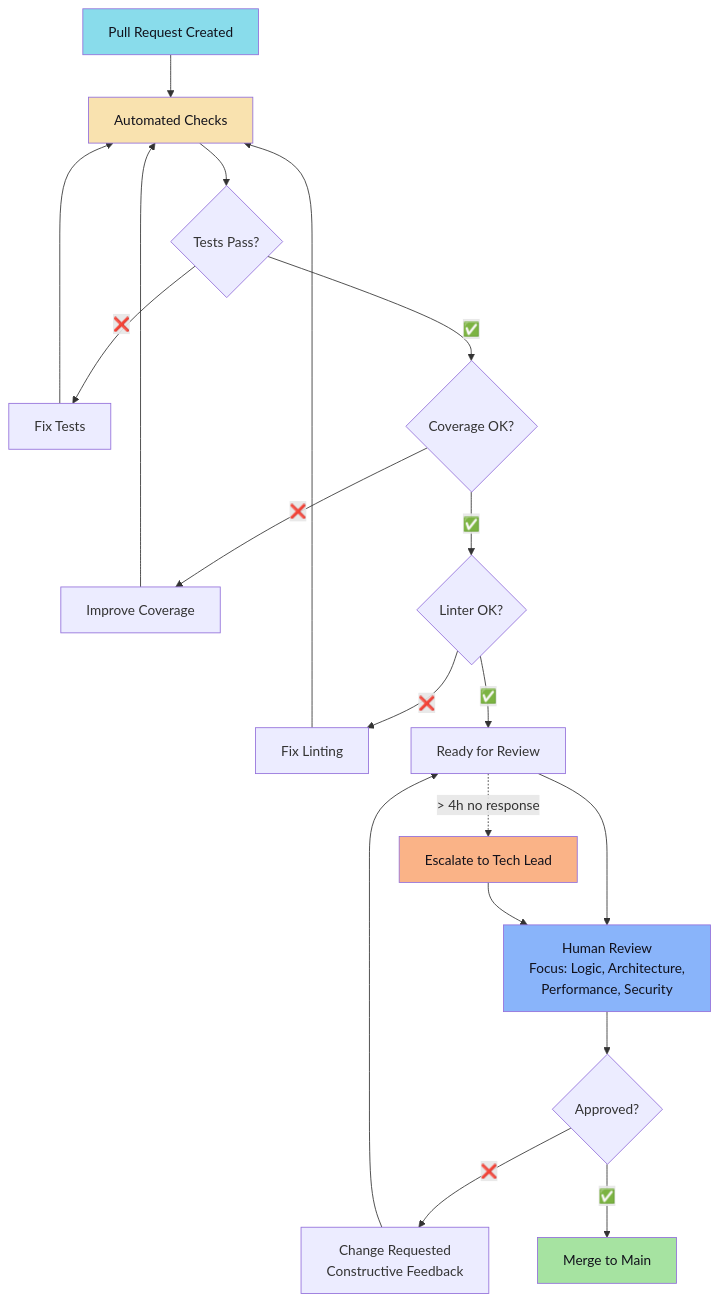
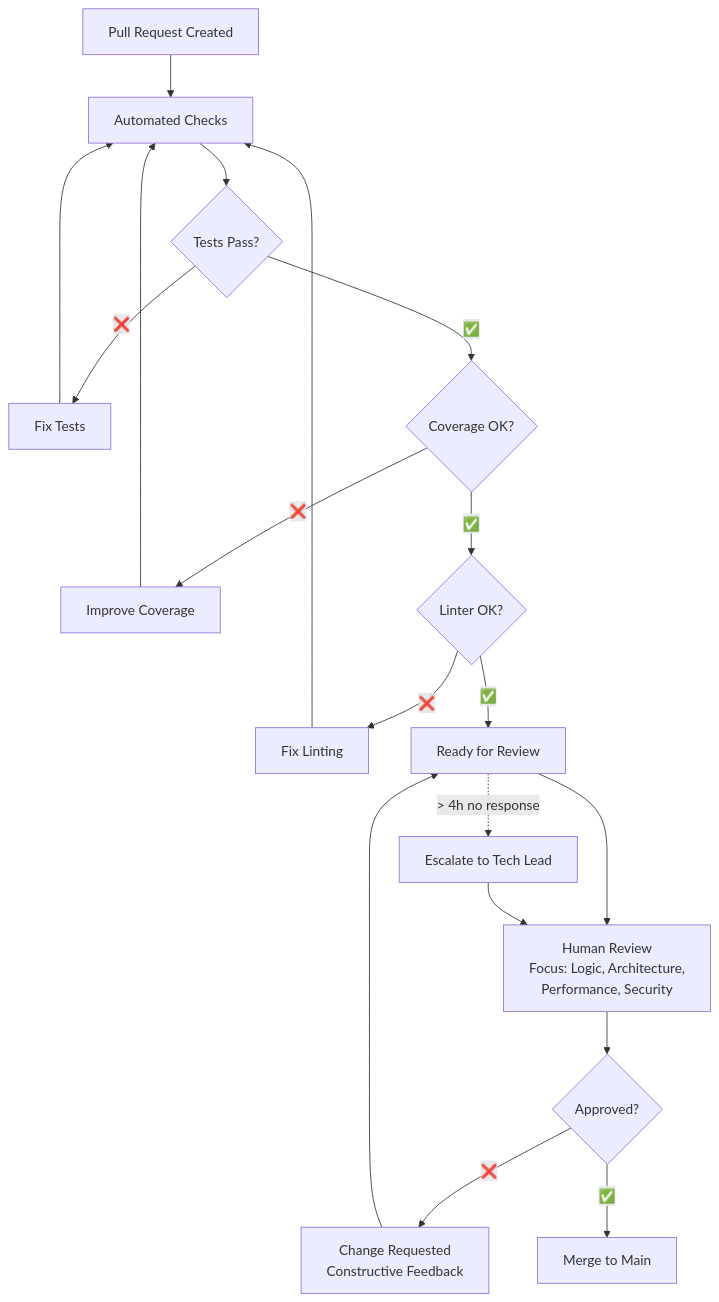
One commit to kdelfour/Ebook_To_be_Or_not_to_be_CTO changed the first of 6 diagrams in src/partie4/chapitre13.md. Above: the diagram before and after it, drawn with Mermaid. The commit also changed other lines of this file, not shown here.

Commit message:
:sparkle: Fix Mermaid style

````diff
--- a/src/partie4/chapitre13.md
+++ b/src/partie4/chapitre13.md
@@ -199,34 +199,28 @@
 ```mermaid
 flowchart TD
     PR[Pull Request Created] --> AC[Automated Checks]
     
     AC --> T{Tests Pass?}
     T -->|❌| F[Fix Tests]
     T -->|✅| C{Coverage OK?}
     F --> AC
     
     C -->|❌| FC[Improve Coverage]
     C -->|✅| L{Linter OK?}
     FC --> AC
     
     L -->|❌| FL[Fix Linting]
     L -->|✅| RR[Ready for Review]
     FL --> AC
     
     RR --> REV[Human Review<br/>Focus: Logic, Architecture,<br/>Performance, Security]
     
     REV --> A{Approved?}
     A -->|❌| CR[Change Requested<br/>Constructive Feedback]
     A -->|✅| M[Merge to Main]
     
     CR --> RR
     
     RR -.->|> 4h no response| ESC[Escalate to Tech Lead]
     ESC --> REV
-    
-    style PR fill:#89dceb,color:#11111b
-    style AC fill:#f9e2af,color:#11111b
-    style REV fill:#89b4fa,color:#11111b
-    style M fill:#a6e3a1,color:#11111b
-    style ESC fill:#fab387,color:#11111b
 ```
````
